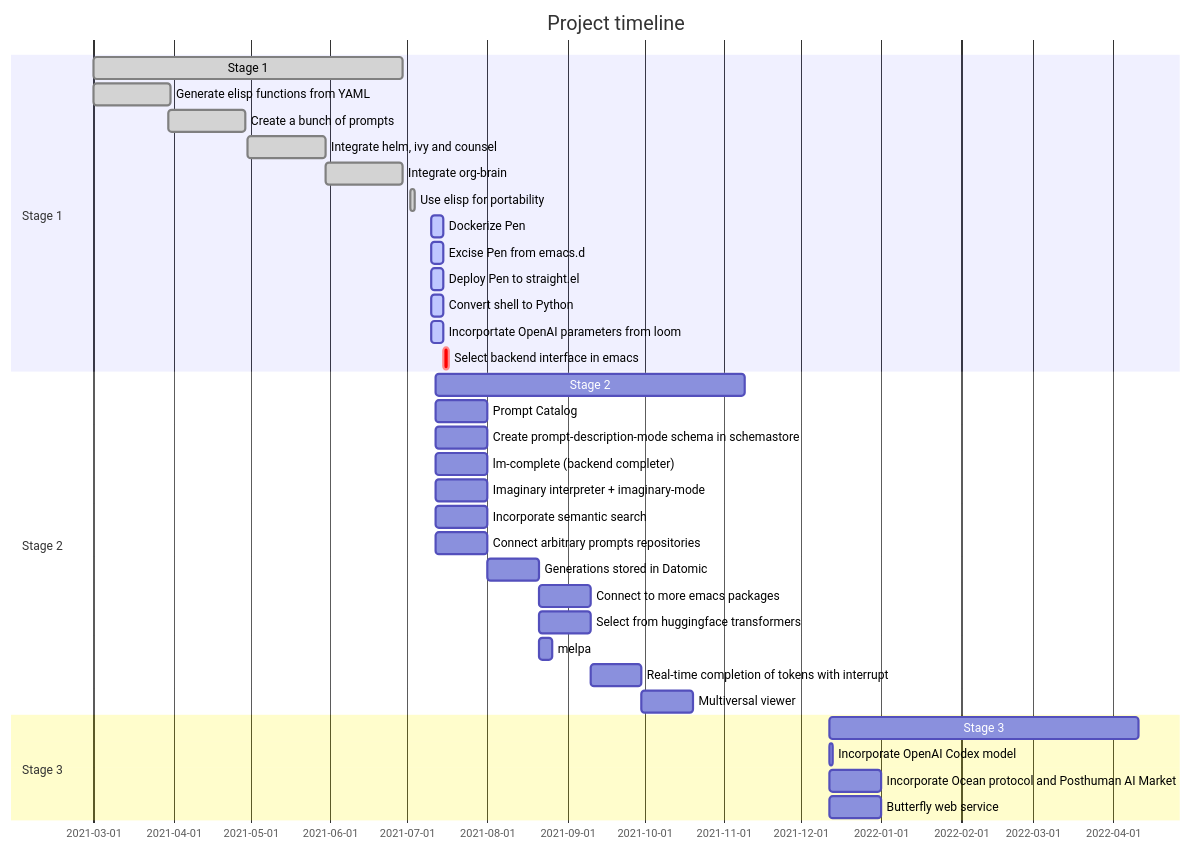
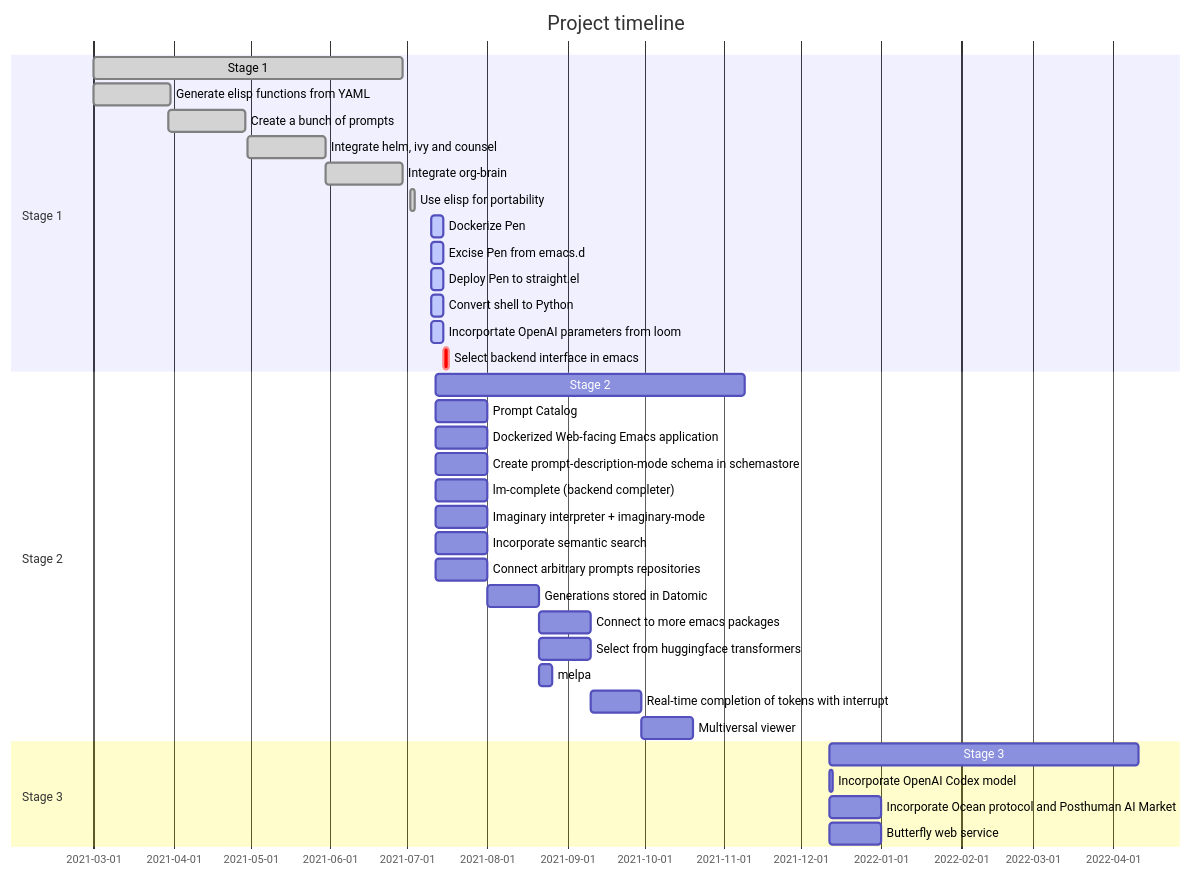
One commit to semiosis/pen.el changed the diagram in docs/README.org. Above: the diagram before and after it, drawn with Mermaid. The commit also changed other lines of this file, not shown here.

```diff
--- a/docs/README.org
+++ b/docs/README.org
@@ -33,37 +33,38 @@
 #+BEGIN_SRC mermaid :results raw :file project-timeline.png
   gantt
           title Project timeline
           dateFormat  YYYY-MM-DD
           section Stage 1
           Stage 1  :done, :s1, 2021-03-01, 120d
           Generate elisp functions from YAML  :done,  :a1, 2021-03-01, 30d
           Create a bunch of prompts  :done,   :a3, 2021-03-30, 30d
           Integrate helm, ivy and counsel  :done,   :a4, 2021-04-30, 30d
           Integrate org-brain  :done,   :a5, 2021-05-30, 30d
           Use elisp for portability :done,  :b2, 2021-07-02, 2d
           Dockerize Pen : active, b3, after b2 , 5d
           Excise Pen from emacs.d: active, b3.1, after b2 , 5d
           Deploy Pen to straight.el: active, b3.2, after b2 , 5d
           Convert shell to Python : active, b4, after b2 , 5d
           Incorportate OpenAI parameters from loom : active, b4, after b2 , 5d
           Select backend interface in emacs :crit, after b3, 2d
           section Stage 2
           Stage 2  :s2, 2021-07-12, 120d
           Prompt Catalog : b6a, 2021-07-12, 20d
+          Dockerized Web-facing Emacs application : b6c, 2021-07-12, 20d
           Create prompt-description-mode schema in schemastore : b6b, 2021-07-12, 20d
           lm-complete (backend completer) : b6b, 2021-07-12, 20d
           Imaginary interpreter + imaginary-mode : b11, 2021-07-12, 20d
           Incorporate semantic search : b12, 2021-07-12, 20d
           Connect arbitrary prompts repositories : b6, 2021-07-12, 20d
           Generations stored in Datomic : b7, after b6, 20d
           Connect to more emacs packages : b8, after b7 , 20d
           Select from huggingface transformers : b15, after b7 , 20d
           melpa : b14, after b7 , 5d
           Real-time completion of tokens with interrupt : b9, after b8, 20d
           Multiversal viewer : b10, after b9, 20d
           section Stage 3
           Stage 3  :s3, 2021-12-12, 120d
           Incorporate OpenAI Codex model : c1, 2021-12-12, 1d
           Incorporate Ocean protocol and Posthuman AI Market : c2, 2021-12-12, 20d
           Butterfly web service : c3, 2021-12-12, 20d
 #+END_SRC
```
